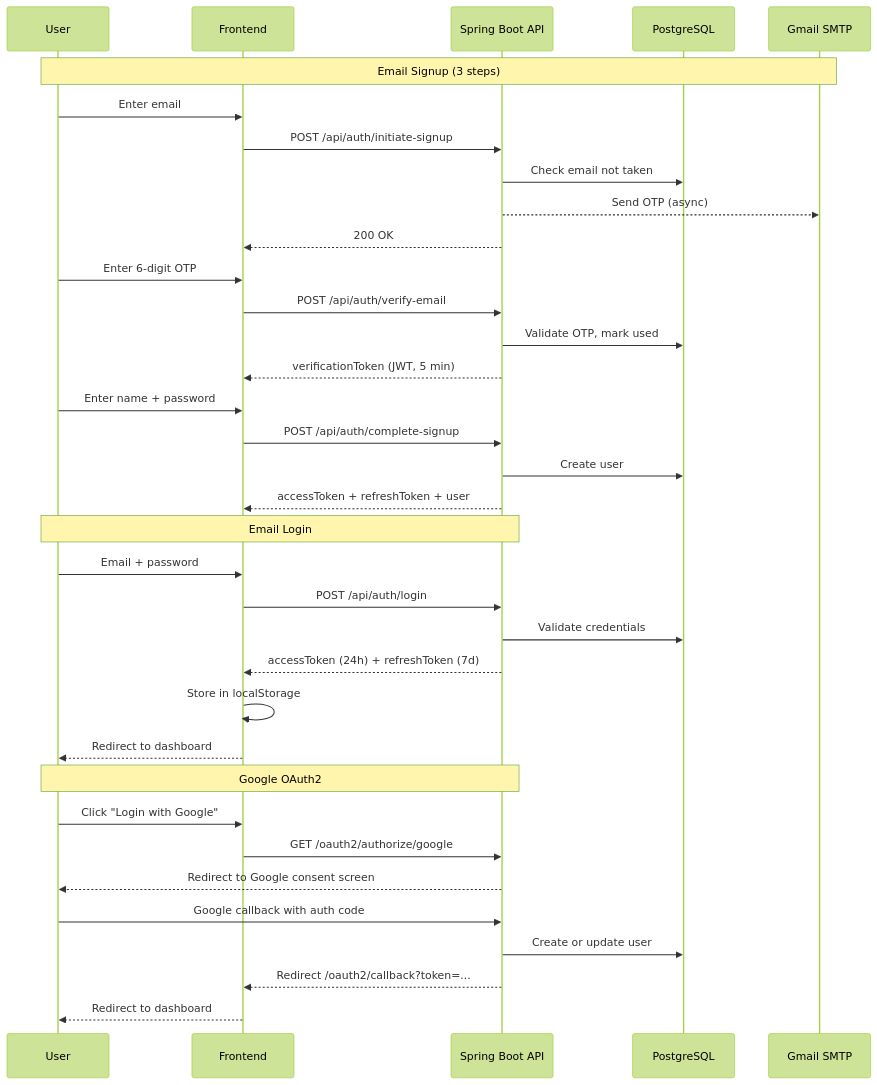
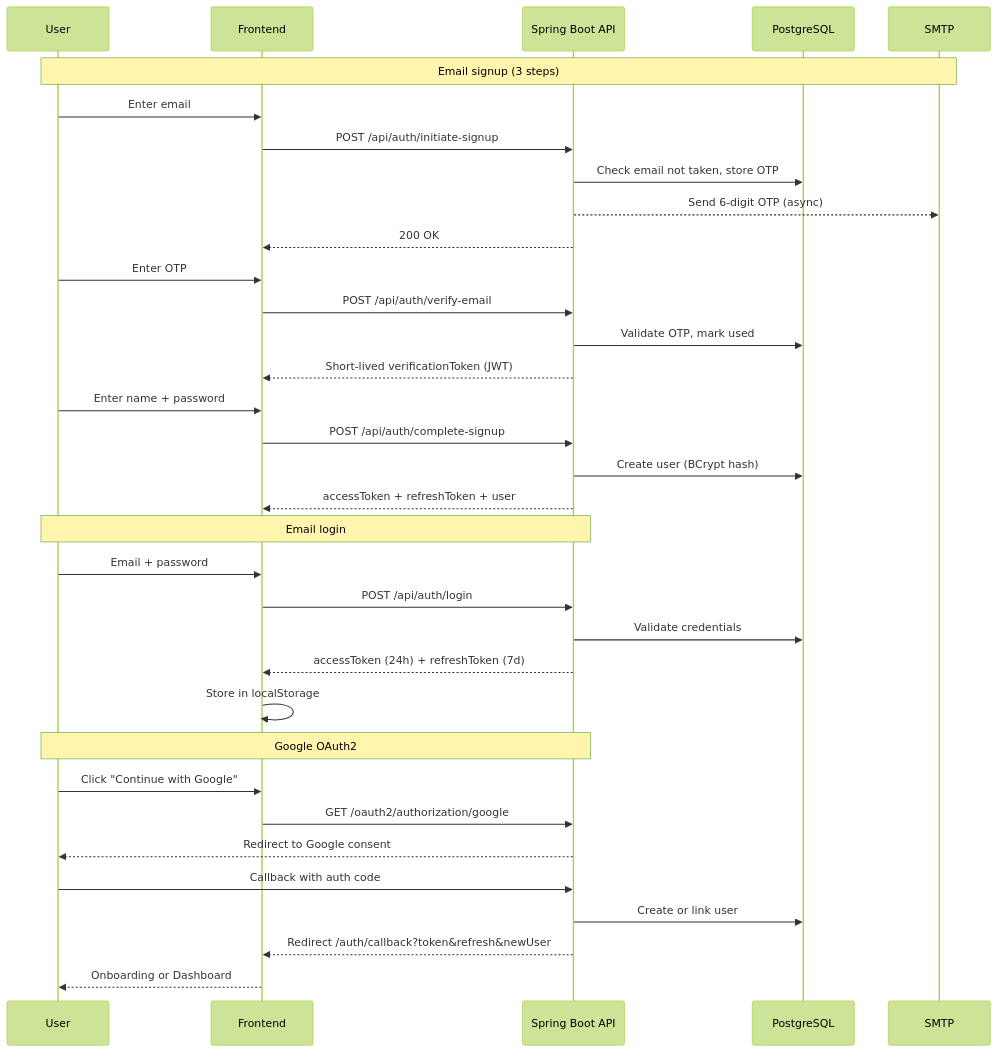
Before and after one commit to snsyaqirah/snsyaqirah.github.io: the sixth of 16 diagrams in portfolio-react/public/docs/travelluhh.md, drawn with Mermaid (forest theme). The commit also changed other lines of this file and 101 other files, not shown here.

````diff
--- a/portfolio-react/public/docs/travelluhh.md
+++ b/portfolio-react/public/docs/travelluhh.md
@@ -197,40 +207,39 @@
 ```mermaid
 sequenceDiagram
     participant U as User
     participant FE as Frontend
     participant API as Spring Boot API
     participant DB as PostgreSQL
-    participant ML as Gmail SMTP
+    participant ML as SMTP
 
-    Note over U,ML: Email Signup (3 steps)
+    Note over U,ML: Email signup (3 steps)
     U->>FE: Enter email
     FE->>API: POST /api/auth/initiate-signup
-    API->>DB: Check email not taken
-    API-->>ML: Send OTP (async)
+    API->>DB: Check email not taken, store OTP
+    API-->>ML: Send 6-digit OTP (async)
     API-->>FE: 200 OK
-    U->>FE: Enter 6-digit OTP
+    U->>FE: Enter OTP
     FE->>API: POST /api/auth/verify-email
     API->>DB: Validate OTP, mark used
-    API-->>FE: verificationToken (JWT, 5 min)
+    API-->>FE: Short-lived verificationToken (JWT)
     U->>FE: Enter name + password
     FE->>API: POST /api/auth/complete-signup
-    API->>DB: Create user
+    API->>DB: Create user (BCrypt hash)
     API-->>FE: accessToken + refreshToken + user
 
-    Note over U,API: Email Login
+    Note over U,API: Email login
     U->>FE: Email + password
     FE->>API: POST /api/auth/login
     API->>DB: Validate credentials
     API-->>FE: accessToken (24h) + refreshToken (7d)
     FE->>FE: Store in localStorage
-    FE-->>U: Redirect to dashboard
 
     Note over U,API: Google OAuth2
-    U->>FE: Click "Login with Google"
-    FE->>API: GET /oauth2/authorize/google
-    API-->>U: Redirect to Google consent screen
-    U->>API: Google callback with auth code
-    API->>DB: Create or update user
-    API-->>FE: Redirect /oauth2/callback?token=...
-    FE-->>U: Redirect to dashboard
+    U->>FE: Click "Continue with Google"
+    FE->>API: GET /oauth2/authorization/google
+    API-->>U: Redirect to Google consent
+    U->>API: Callback with auth code
+    API->>DB: Create or link user
+    API-->>FE: Redirect /auth/callback?token&refresh&newUser
+    FE-->>U: Onboarding or Dashboard
 ```
````
